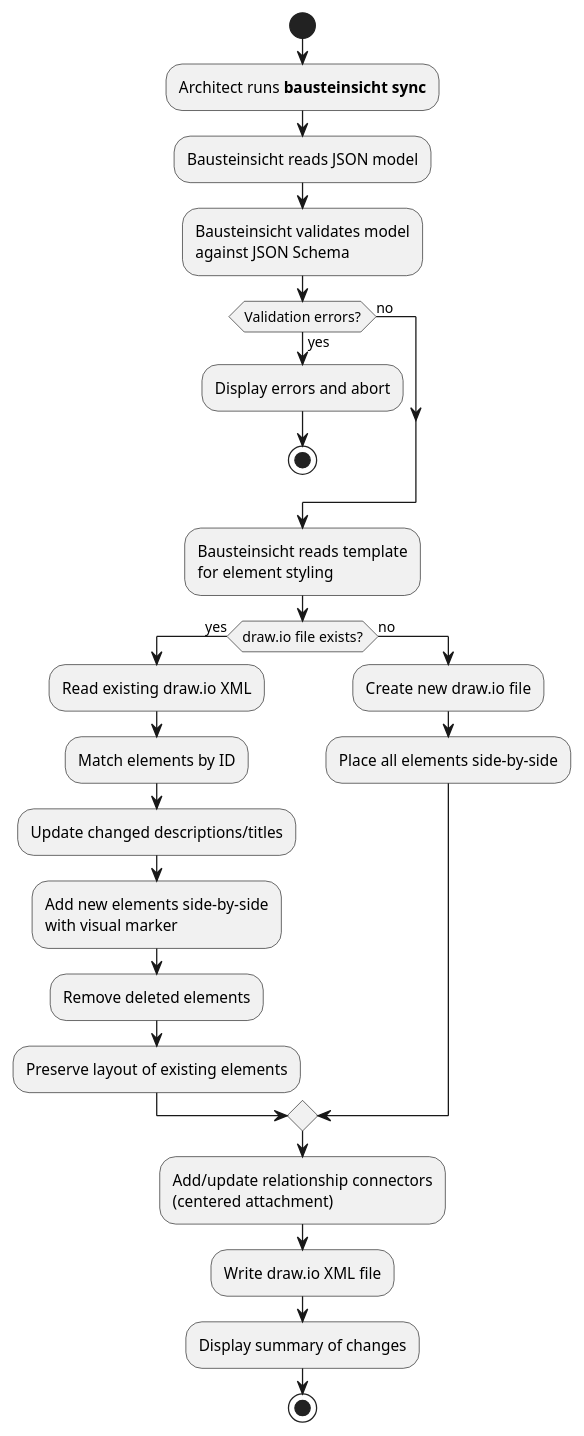
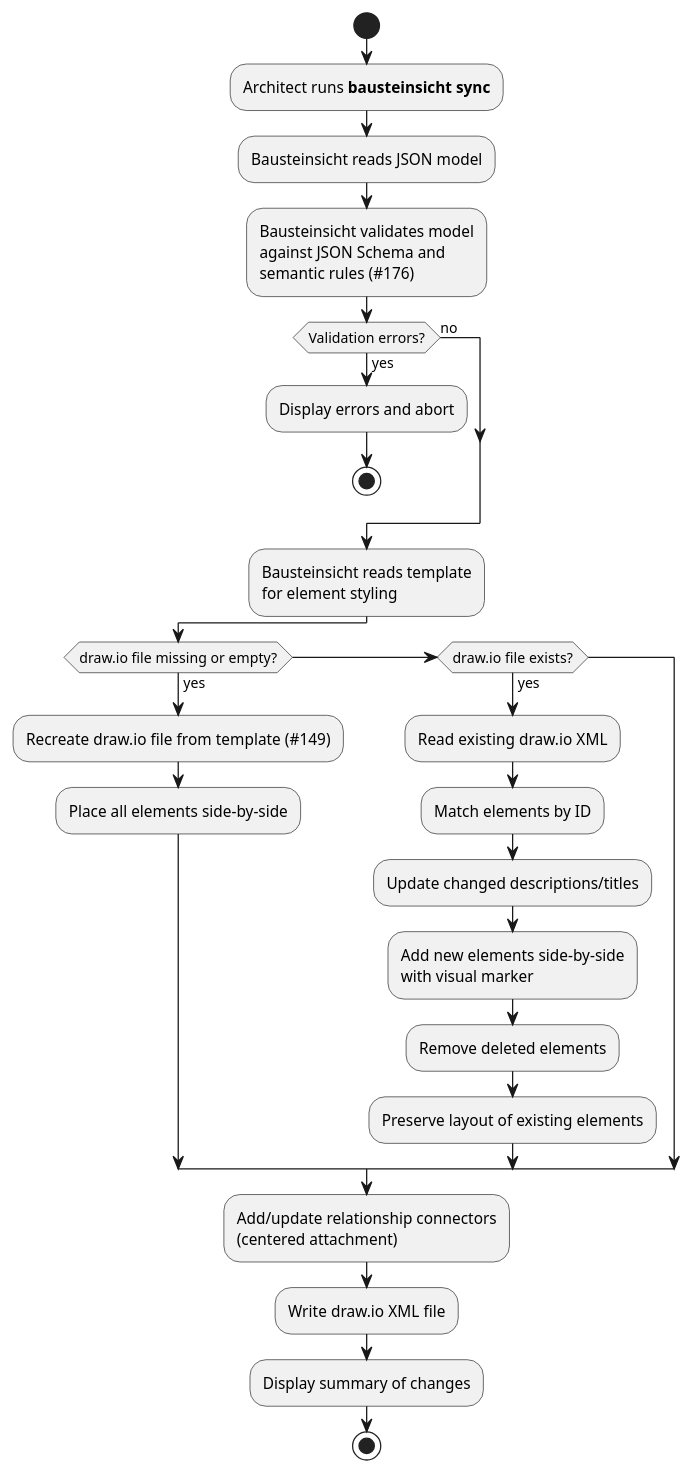
One commit to docToolchain/Bausteinsicht changed the third of 8 diagrams in src/docs/spec/01_use_cases.adoc. Above: the diagram before and after it, drawn with PlantUML. The commit also changed other lines of this file and 8 other files, not shown here.

```diff
--- a/src/docs/spec/01_use_cases.adoc
+++ b/src/docs/spec/01_use_cases.adoc
@@ -120,34 +123,35 @@
 [plantuml, uc03-forward-sync, png]
 ....
 @startuml
 start
 :Architect runs **bausteinsicht sync**;
 :Bausteinsicht reads JSON model;
 :Bausteinsicht validates model
-against JSON Schema;
+against JSON Schema and
+semantic rules (#176);
 if (Validation errors?) then (yes)
   :Display errors and abort;
   stop
 else (no)
 endif
 :Bausteinsicht reads template
 for element styling;
-if (draw.io file exists?) then (yes)
+if (draw.io file missing or empty?) then (yes)
+  :Recreate draw.io file from template (#149);
+  :Place all elements side-by-side;
+elseif (draw.io file exists?) then (yes)
   :Read existing draw.io XML;
   :Match elements by ID;
   :Update changed descriptions/titles;
   :Add new elements side-by-side
   with visual marker;
   :Remove deleted elements;
   :Preserve layout of existing elements;
-else (no)
-  :Create new draw.io file;
-  :Place all elements side-by-side;
 endif
 :Add/update relationship connectors
 (centered attachment);
 :Write draw.io XML file;
 :Display summary of changes;
 stop
 @enduml
 ....
```
